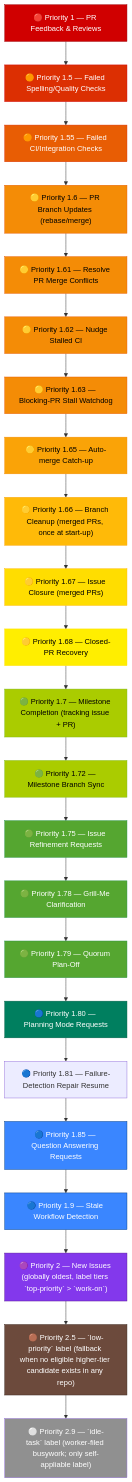
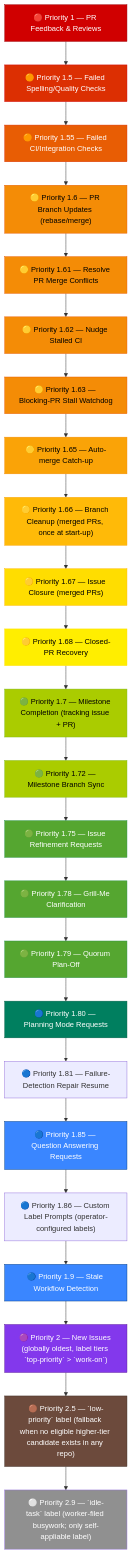
One commit to stSoftwareAU/VibeCoder changed the third of 3 diagrams in docs/USAGE.md. Above: the diagram before and after it, drawn with Mermaid. The commit also changed 14 other files, not shown here.

First line of the commit message:
Dispatch a custom label to the generic implementation phase (Issue #848)

````diff
--- a/docs/USAGE.md
+++ b/docs/USAGE.md
@@ -692,51 +692,52 @@
 ```mermaid
 flowchart TD
     P1["🔴 Priority 1 — PR Feedback & Reviews"]
     P15["🟠 Priority 1.5 — Failed Spelling/Quality Checks"]
     P155["🟠 Priority 1.55 — Failed CI/Integration Checks"]
     P16["🟡 Priority 1.6 — PR Branch Updates (rebase/merge)"]
     P161["🟡 Priority 1.61 — Resolve PR Merge Conflicts"]
     P162["🟡 Priority 1.62 — Nudge Stalled CI"]
     P163["🟡 Priority 1.63 — Blocking-PR Stall Watchdog"]
     P165["🟡 Priority 1.65 — Auto-merge Catch-up"]
     P166["🟡 Priority 1.66 — Branch Cleanup (merged PRs, once at start-up)"]
     P167["🟡 Priority 1.67 — Issue Closure (merged PRs)"]
     P168["🟡 Priority 1.68 — Closed-PR Recovery"]
     P17["🟢 Priority 1.7 — Milestone Completion (tracking issue + PR)"]
     P172["🟢 Priority 1.72 — Milestone Branch Sync"]
     P175["🟢 Priority 1.75 — Issue Refinement Requests"]
     P178["🟢 Priority 1.78 — Grill-Me Clarification"]
     P179["🟢 Priority 1.79 — Quorum Plan-Off"]
     P18["🔵 Priority 1.80 — Planning Mode Requests"]
     P181["🔵 Priority 1.81 — Failure-Detection Repair Resume"]
     P185["🔵 Priority 1.85 — Question Answering Requests"]
+    P186["🔵 Priority 1.86 — Custom Label Prompts (operator-configured labels)"]
     P19["🔵 Priority 1.9 — Stale Workflow Detection"]
     P2["🟣 Priority 2 — New Issues (globally oldest, label tiers `top-priority` > `work-on`)"]
     P25["🟤 Priority 2.5 — `low-priority` label (fallback when no eligible higher-tier candidate exists in any repo)"]
     P29["⚪ Priority 2.9 — `idle-task` label (worker-filed busywork; only self-appliable label)"]
 
-    P1 --> P15 --> P155 --> P16 --> P161 --> P162 --> P163 --> P165 --> P166 --> P167 --> P168 --> P17 --> P172 --> P175 --> P178 --> P179 --> P18 --> P181 --> P185 --> P19 --> P2 --> P25 --> P29
+    P1 --> P15 --> P155 --> P16 --> P161 --> P162 --> P163 --> P165 --> P166 --> P167 --> P168 --> P17 --> P172 --> P175 --> P178 --> P179 --> P18 --> P181 --> P185 --> P186 --> P19 --> P2 --> P25 --> P29
 
     style P1 fill:#d00000,stroke:#9d0208,color:#fff
     style P15 fill:#dc2f02,stroke:#d00000,color:#fff
     style P155 fill:#e85d04,stroke:#dc2f02,color:#fff
     style P16 fill:#f48c06,stroke:#e85d04,color:#000
     style P161 fill:#f48c06,stroke:#e85d04,color:#000
     style P162 fill:#f48c06,stroke:#e85d04,color:#000
     style P163 fill:#f48c06,stroke:#e85d04,color:#000
     style P165 fill:#faa307,stroke:#f48c06,color:#000
     style P166 fill:#ffba08,stroke:#faa307,color:#000
     style P167 fill:#ffdd00,stroke:#ffba08,color:#000
     style P168 fill:#ffee00,stroke:#ffdd00,color:#000
     style P17 fill:#aacc00,stroke:#80b918,color:#000
     style P172 fill:#aacc00,stroke:#80b918,color:#000
     style P175 fill:#55a630,stroke:#2b9348,color:#fff
     style P178 fill:#55a630,stroke:#2b9348,color:#fff
     style P179 fill:#55a630,stroke:#2b9348,color:#fff
     style P19 fill:#3a86ff,stroke:#023e8a,color:#fff
     style P18 fill:#007f5f,stroke:#005f46,color:#fff
     style P185 fill:#3a86ff,stroke:#023e8a,color:#fff
     style P2 fill:#8338ec,stroke:#5a189a,color:#fff
     style P25 fill:#6c4a3c,stroke:#3d2a22,color:#fff
     style P29 fill:#909090,stroke:,color:#fff
 ```
````
